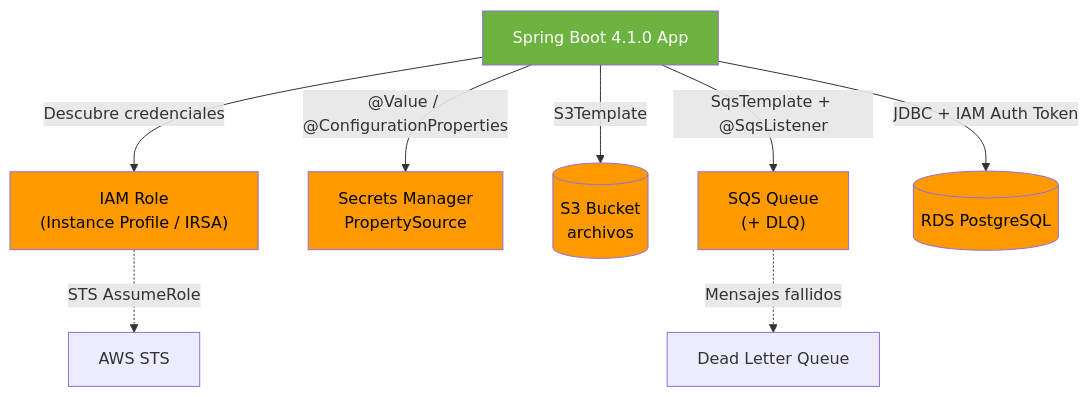
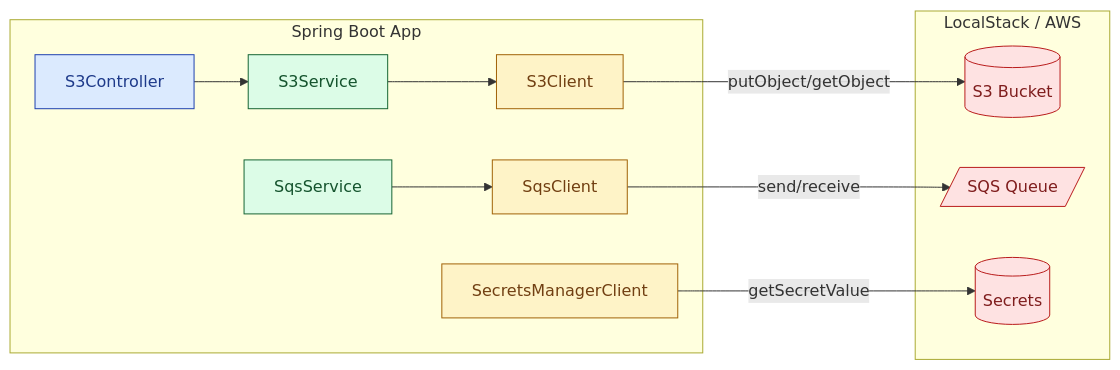
One commit to edgardo001/spring-v4-mastery-roadmap changed the diagram in 53-cloud-aws/README.md. Above: the diagram before and after it, drawn with Mermaid. The commit also changed other lines of this file and 109 other files, not shown here.

First line of the commit message:
feat(52,53,55,56,57,58,60,61): OWASP, AWS SDK v2, Spring Shell fallback, Native AOT, LLM, Spring AI simulator, Modulith Event Publication Registry, RSocket

````diff
--- a/53-cloud-aws/README.md
+++ b/53-cloud-aws/README.md
@@ -25,18 +28,25 @@
 ```mermaid
-graph TD
-    A["Spring Boot 4.1.0 App"] -->|Descubre credenciales| B["IAM Role<br/>(Instance Profile / IRSA)"]
-    A -->|"@Value / @ConfigurationProperties"| C["Secrets Manager<br/>PropertySource"]
-    A -->|S3Template| D[("S3 Bucket<br/>archivos")]
-    A -->|SqsTemplate + @SqsListener| E["SQS Queue<br/>(+ DLQ)"]
-    A -->|JDBC + IAM Auth Token| F[("RDS PostgreSQL")]
+flowchart LR
+    subgraph App["Spring Boot App"]
+        C[S3Controller]:::ctrl --> S3[S3Service]:::svc
+        SqsSvc[SqsService]:::svc
+        S3 --> S3C[S3Client]:::cli
+        SqsSvc --> SqsC[SqsClient]:::cli
+        SM[SecretsManagerClient]:::cli
+    end
 
-    B -.->|STS AssumeRole| G["AWS STS"]
-    E -.->|Mensajes fallidos| H["Dead Letter Queue"]
+    subgraph AWS["LocalStack / AWS"]
+        S3B[(S3 Bucket)]:::aws
+        Q[/SQS Queue/]:::aws
+        Sec[(Secrets)]:::aws
+    end
 
-    style A fill:#6db33f,color:#fff
-    style B fill:#ff9900,color:#000
-    style C fill:#ff9900,color:#000
-    style D fill:#ff9900,color:#000
-    style E fill:#ff9900,color:#000
-    style F fill:#ff9900,color:#000
+    S3C -->|putObject/getObject| S3B
+    SqsC -->|send/receive| Q
+    SM -->|getSecretValue| Sec
+
+    classDef ctrl fill:#dbeafe,stroke:#1e40af,color:#1e3a8a
+    classDef svc  fill:#dcfce7,stroke:#166534,color:#14532d
+    classDef cli  fill:#fef3c7,stroke:#a16207,color:#713f12
+    classDef aws  fill:#fee2e2,stroke:#b91c1c,color:#7f1d1d
 ```
````
